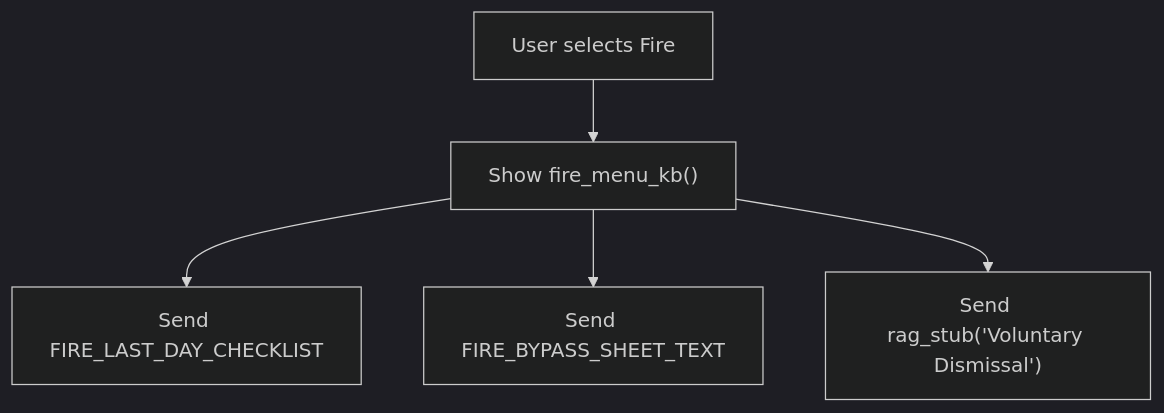
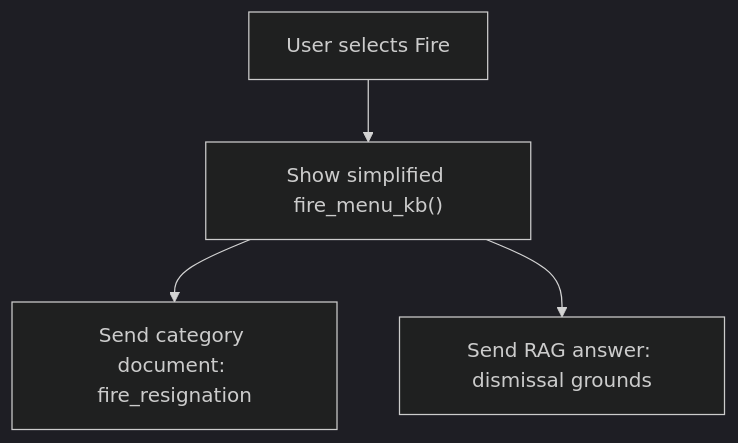
Before and after one commit to ognelis/cafetera_hr_bot: the tenth of 12 diagrams in .qoder/repowiki/en/content/VK Integration/Domain Content Management.md, drawn with Mermaid (dark theme). The commit also changed other lines of this file and 9 other files, not shown here.

````diff
--- a/.qoder/repowiki/en/content/VK Integration/Domain Content Management.md
+++ b/.qoder/repowiki/en/content/VK Integration/Domain Content Management.md
@@ -427,7 +428,6 @@
 ```mermaid
 flowchart TD
-FireEntry["User selects Fire"] --> FireMenu["Show fire_menu_kb()"]
-FireMenu --> Checklist["Send FIRE_LAST_DAY_CHECKLIST"]
-FireMenu --> Bypass["Send FIRE_BYPASS_SHEET_TEXT"]
-FireMenu --> Rag["Send rag_stub('Voluntary Dismissal')"]
+FireEntry["User selects Fire"] --> FireMenu["Show simplified fire_menu_kb()"]
+FireMenu --> Resignation["Send category document: fire_resignation"]
+FireMenu --> Grounds["Send RAG answer: dismissal grounds"]
 ```
````
